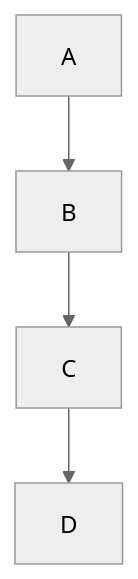
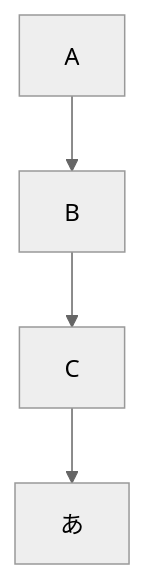
One commit to knaou/docker-mkdocs-uml changed the second of 2 diagrams in test/src/docs/index.md. Above: the diagram before and after it, drawn with Mermaid (neutral theme). The commit also changed other lines of this file and 1 other file, not shown here.

````diff
--- a/test/src/docs/index.md
+++ b/test/src/docs/index.md
@@ -14,6 +14,6 @@
 ```mermaid
 graph TD;
   A --> B;
   B --> C;
-  C --> D;
+  C --> あ;
 ```
````
